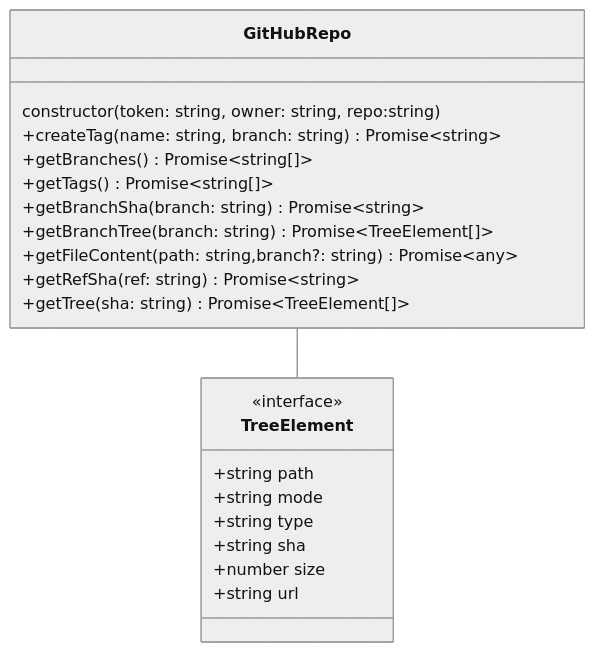
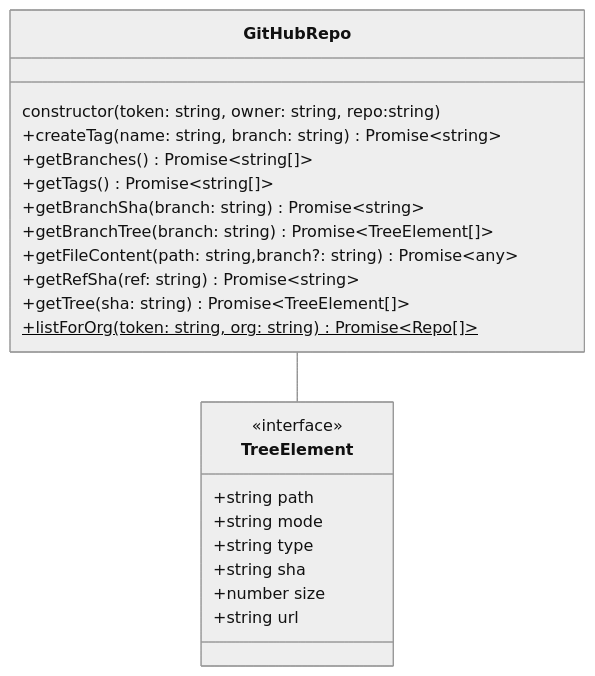
Before and after one commit to tomsdoo/github-repo: the diagram in docs/md/GitHubRepo.md, drawn with Mermaid (neutral theme). The commit also changed other lines of this file and 7 other files, not shown here.

Commit message:
listForOrg (#24)

````diff
--- a/docs/md/GitHubRepo.md
+++ b/docs/md/GitHubRepo.md
@@ -18,27 +19,28 @@
 ``` mermaid
 classDiagram
 
 class GitHubRepo {
   constructor(token: string, owner: string, repo:string)
   +createTag(name: string, branch: string) Promise~string~
   +getBranches() Promise~string[]~
   +getTags() Promise~string[]~
   +getBranchSha(branch: string) Promise~string~
   +getBranchTree(branch: string) Promise~TreeElement[]~
   +getFileContent(path: string,branch?: string) Promise~any~
   +getRefSha(ref: string) Promise~string~
   +getTree(sha: string) Promise~TreeElement[]~
+  +listForOrg(token: string, org: string) Promise~Repo[]~$
 }
 
 class TreeElement {
   <<interface>>
   +string path
   +string mode
   +string type
   +string sha
   +number size
   +string url
 }
 
 GitHubRepo -- TreeElement
 ```
````
